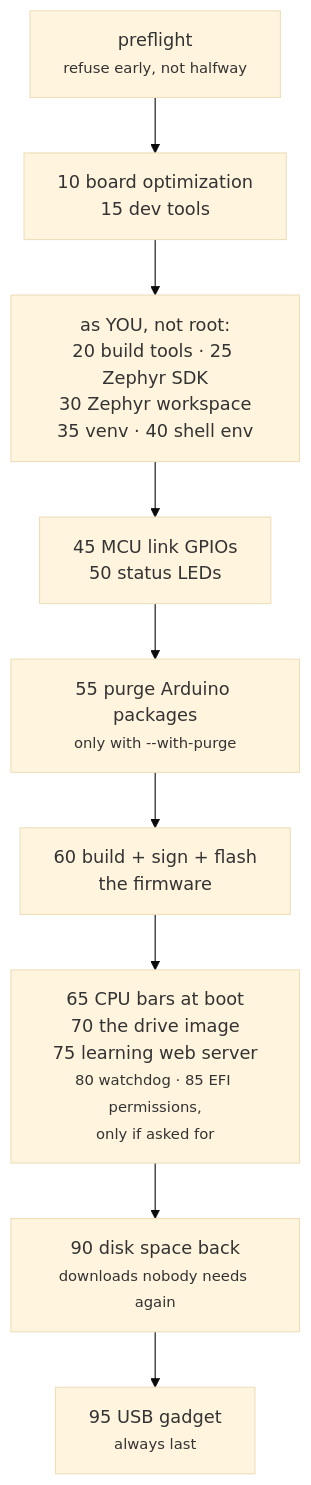
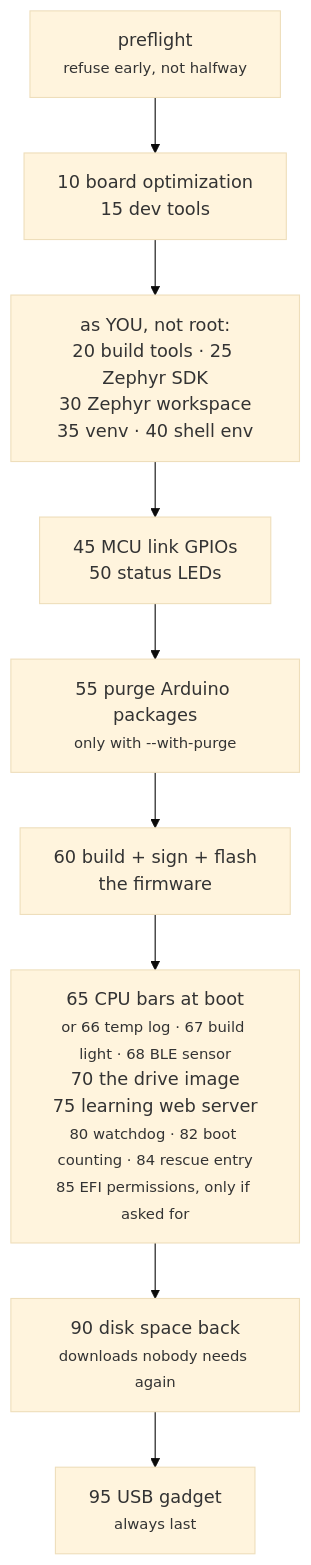
The diagram in docs/learn/from-factory-to-this.md (jim-wyatt/two-computers-one-board), drawn with Mermaid (base theme) before and after one commit. The commit also changed other lines of this file and 2 other files, not shown here.

````diff
--- a/docs/learn/from-factory-to-this.md
+++ b/docs/learn/from-factory-to-this.md
@@ -88,11 +109,11 @@
 ```mermaid
 flowchart TD
   P["preflight<br/><small>refuse early, not halfway</small>"] --> R1["10 board optimization<br/>15 dev tools"]
   R1 --> U["as YOU, not root:<br/>20 build tools · 25 Zephyr SDK<br/>30 Zephyr workspace<br/>35 venv · 40 shell env"]
   U --> R3["45 MCU link GPIOs<br/>50 status LEDs"]
   R3 --> E4["55 purge Arduino packages<br/><small>only with --with-purge</small>"]
   E4 --> B["60 build + sign + flash<br/>the firmware"]
-  B --> O["65 CPU bars at boot<br/>70 the drive image<br/>75 learning web server<br/><small>80 watchdog · 85 EFI permissions,<br/>only if asked for</small>"]
+  B --> O["65 CPU bars at boot<br/><small>or 66 temp log · 67 build light · 68 BLE sensor</small><br/>70 the drive image<br/>75 learning web server<br/><small>80 watchdog · 82 boot counting · 84 rescue entry<br/>85 EFI permissions, only if asked for</small>"]
   O --> C["90 disk space back<br/><small>downloads nobody needs again</small>"]
   C --> E2["95 USB gadget<br/><small>always last</small>"]
 ```
````
